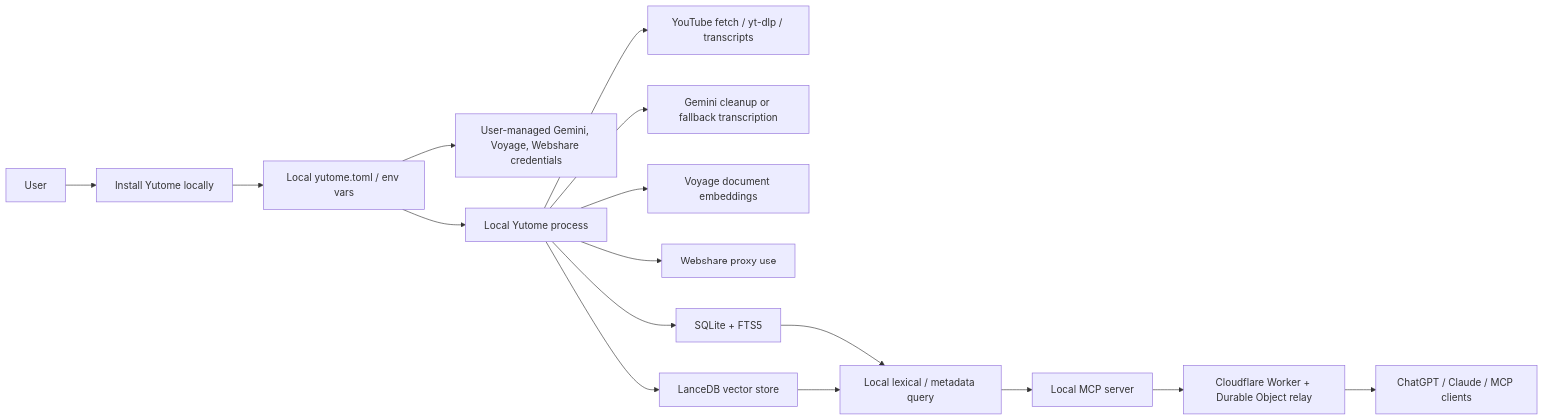
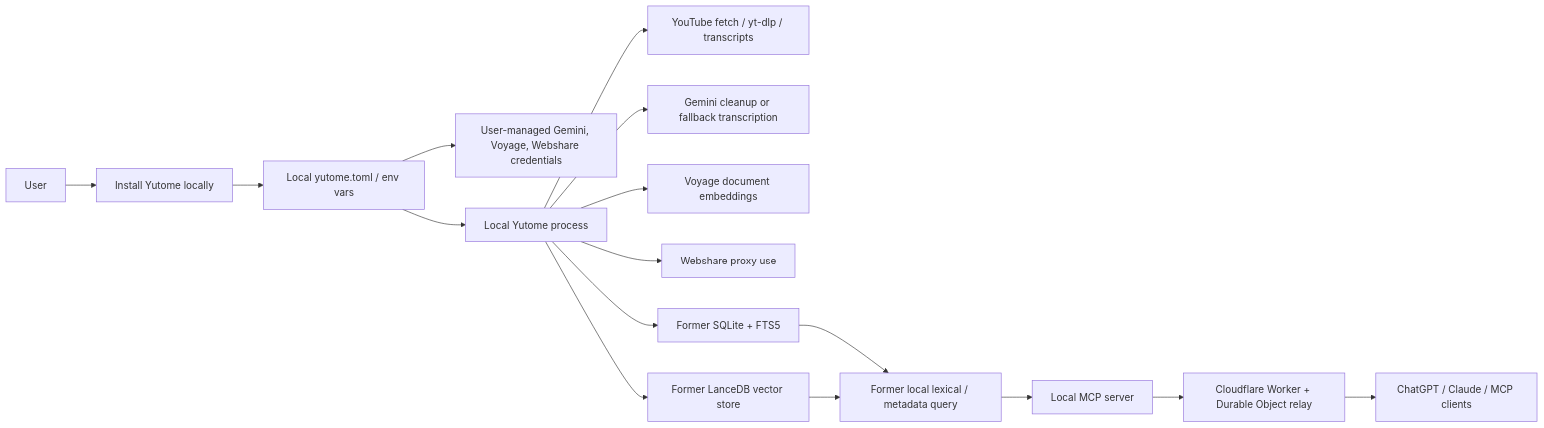
One commit to MaskyS/yutome changed the first of 6 diagrams in docs/hosted-provider-broker-plan.md. Above: the diagram before and after it, drawn with Mermaid. The commit also changed other lines of this file and 114 other files, not shown here.

Commit message:
Delete SQLite Lance storage paths

````diff
--- a/docs/hosted-provider-broker-plan.md
+++ b/docs/hosted-provider-broker-plan.md
@@ -29,18 +29,18 @@
 ```mermaid
 flowchart LR
   user["User"] --> install["Install Yutome locally"]
   install --> local_config["Local yutome.toml / env vars"]
   local_config --> provider_keys["User-managed Gemini, Voyage, Webshare credentials"]
   local_config --> local_runtime["Local Yutome process"]
   local_runtime --> youtube["YouTube fetch / yt-dlp / transcripts"]
   local_runtime --> gemini["Gemini cleanup or fallback transcription"]
   local_runtime --> voyage["Voyage document embeddings"]
   local_runtime --> webshare["Webshare proxy use"]
-  local_runtime --> sqlite["SQLite + FTS5"]
-  local_runtime --> lancedb["LanceDB vector store"]
-  sqlite --> local_query["Local lexical / metadata query"]
+  local_runtime --> sqlite["Former SQLite + FTS5"]
+  local_runtime --> lancedb["Former LanceDB vector store"]
+  sqlite --> local_query["Former local lexical / metadata query"]
   lancedb --> local_query
   local_query --> local_mcp["Local MCP server"]
   local_mcp --> relay["Cloudflare Worker + Durable Object relay"]
   relay --> clients["ChatGPT / Claude / MCP clients"]
 ```
````
